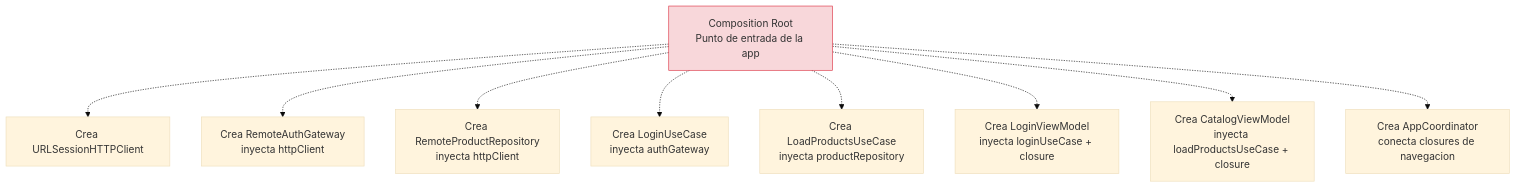
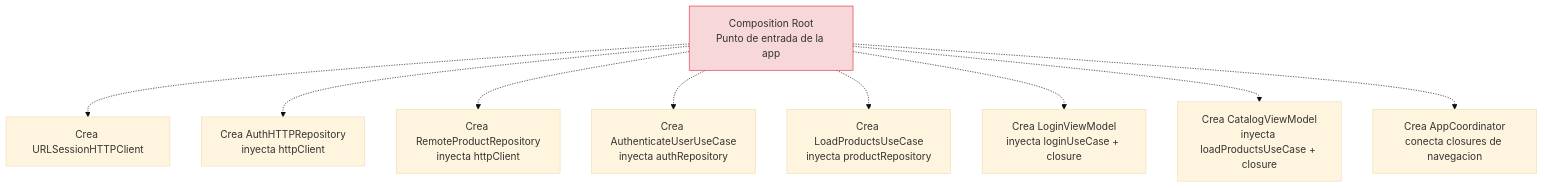
One commit to SwiftEnProfundidad/stack-my-architecture-ios changed the first of 2 diagrams in 02-integracion/06-composition-root.md. Above: the diagram before and after it, drawn with Mermaid (base theme). The commit also changed other lines of this file and 50 other files, not shown here.

````diff
--- a/02-integracion/06-composition-root.md
+++ b/02-integracion/06-composition-root.md
@@ -35,13 +35,13 @@
 ```mermaid
 flowchart TD
     CR["Composition Root<br/>Punto de entrada de la app"] -.-> HTTP["Crea URLSessionHTTPClient"]
-    CR -.-> AUTH["Crea RemoteAuthGateway<br/>inyecta httpClient"]
+    CR -.-> AUTH["Crea AuthHTTPRepository<br/>inyecta httpClient"]
     CR -.-> PROD["Crea RemoteProductRepository<br/>inyecta httpClient"]
-    CR -.-> LUC["Crea LoginUseCase<br/>inyecta authGateway"]
+    CR -.-> LUC["Crea AuthenticateUserUseCase<br/>inyecta authRepository"]
     CR -.-> PUC["Crea LoadProductsUseCase<br/>inyecta productRepository"]
     CR -.-> LVM["Crea LoginViewModel<br/>inyecta loginUseCase + closure"]
     CR -.-> CVM["Crea CatalogViewModel<br/>inyecta loadProductsUseCase + closure"]
     CR -.-> COORD["Crea AppCoordinator<br/>conecta closures de navegacion"]
 
     style CR fill:#f8d7da,stroke:#dc3545
 ```
````
